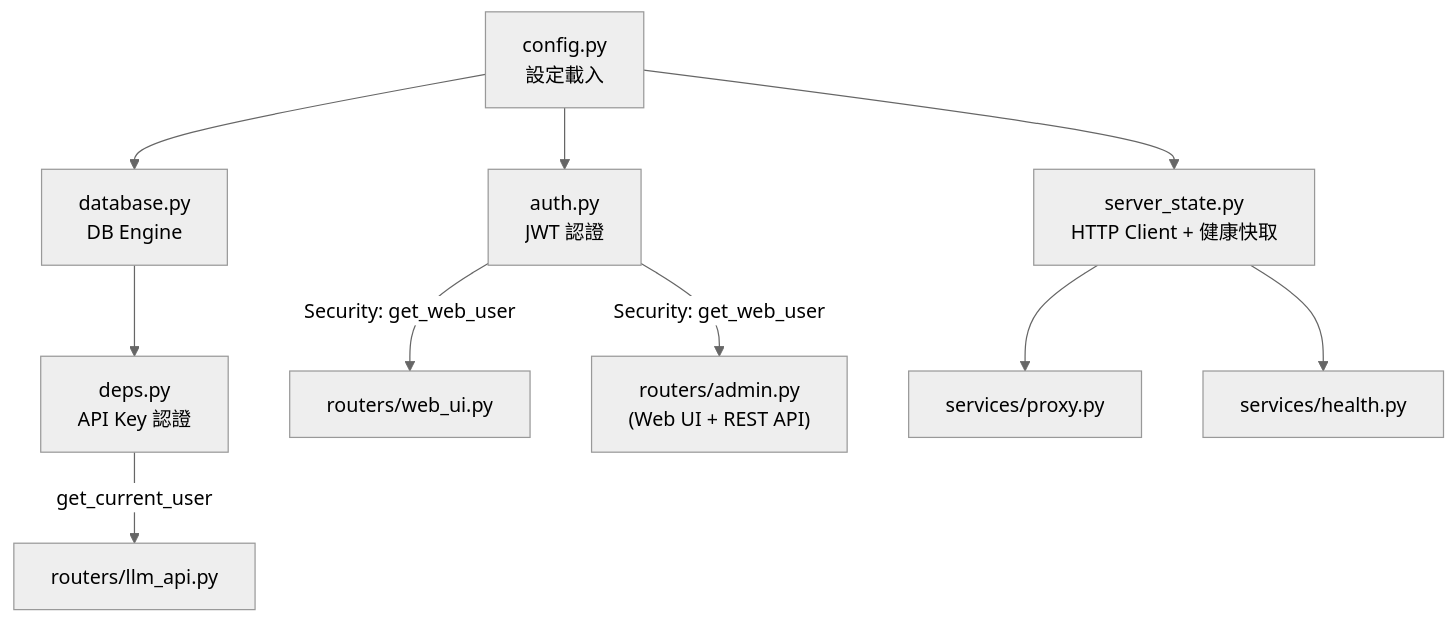
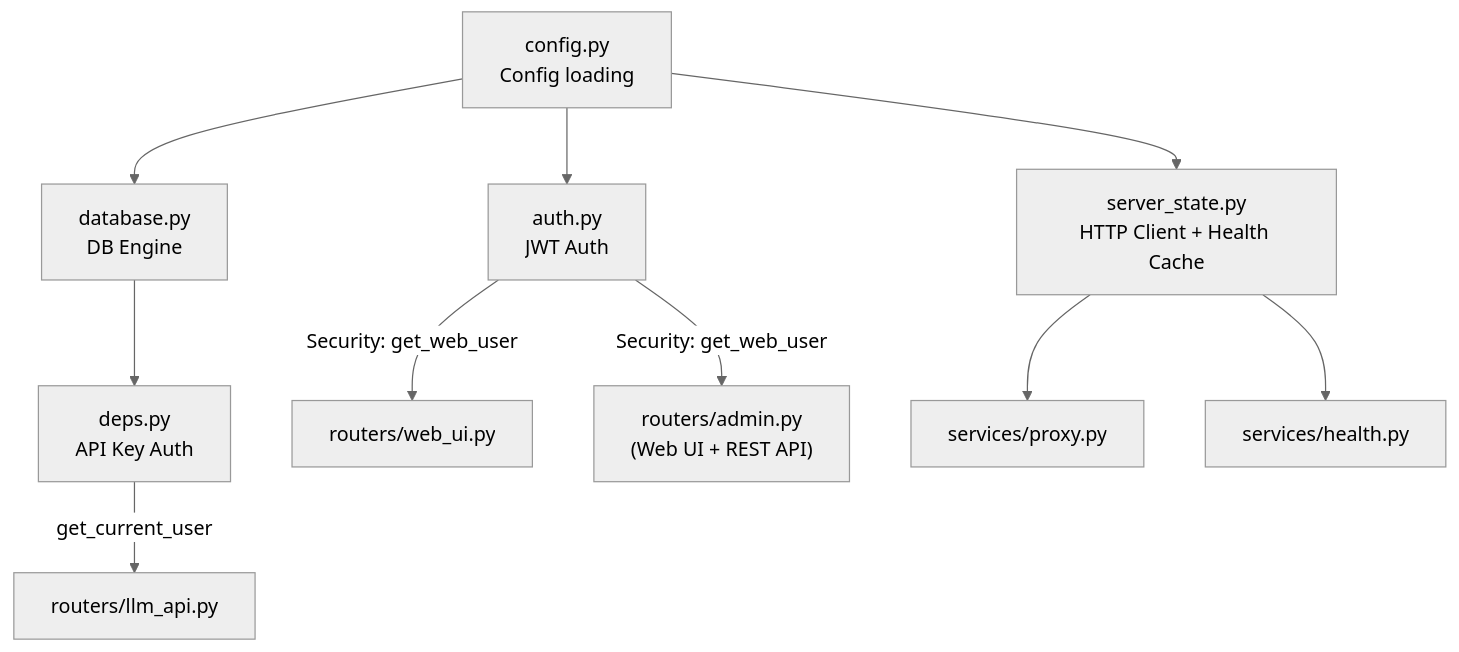
One commit to bwinken/llm-gateway changed the diagram in app/core/README.md. Above: the diagram before and after it, drawn with Mermaid (neutral theme). The commit also changed other lines of this file and 11 other files, not shown here.

````diff
--- a/app/core/README.md
+++ b/app/core/README.md
@@ -7,12 +9,12 @@
 ```mermaid
 graph TD
-    config["config.py<br/>設定載入"] --> database["database.py<br/>DB Engine"]
-    config --> auth["auth.py<br/>JWT 認證"]
-    config --> server_state["server_state.py<br/>HTTP Client + 健康快取"]
-    database --> deps["deps.py<br/>API Key 認證"]
+    config["config.py<br/>Config loading"] --> database["database.py<br/>DB Engine"]
+    config --> auth["auth.py<br/>JWT Auth"]
+    config --> server_state["server_state.py<br/>HTTP Client + Health Cache"]
+    database --> deps["deps.py<br/>API Key Auth"]
     auth --> |Security: get_web_user| WebUI["routers/web_ui.py"]
     auth --> |Security: get_web_user| Admin["routers/admin.py<br/>(Web UI + REST API)"]
     deps --> |get_current_user| LLM_API["routers/llm_api.py"]
     server_state --> Proxy["services/proxy.py"]
     server_state --> Health["services/health.py"]
 ```
````
